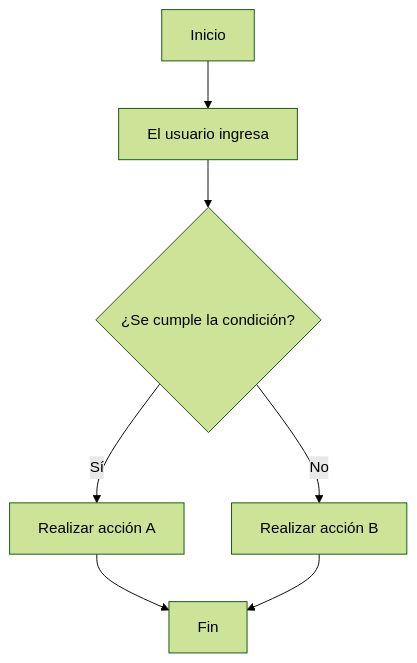
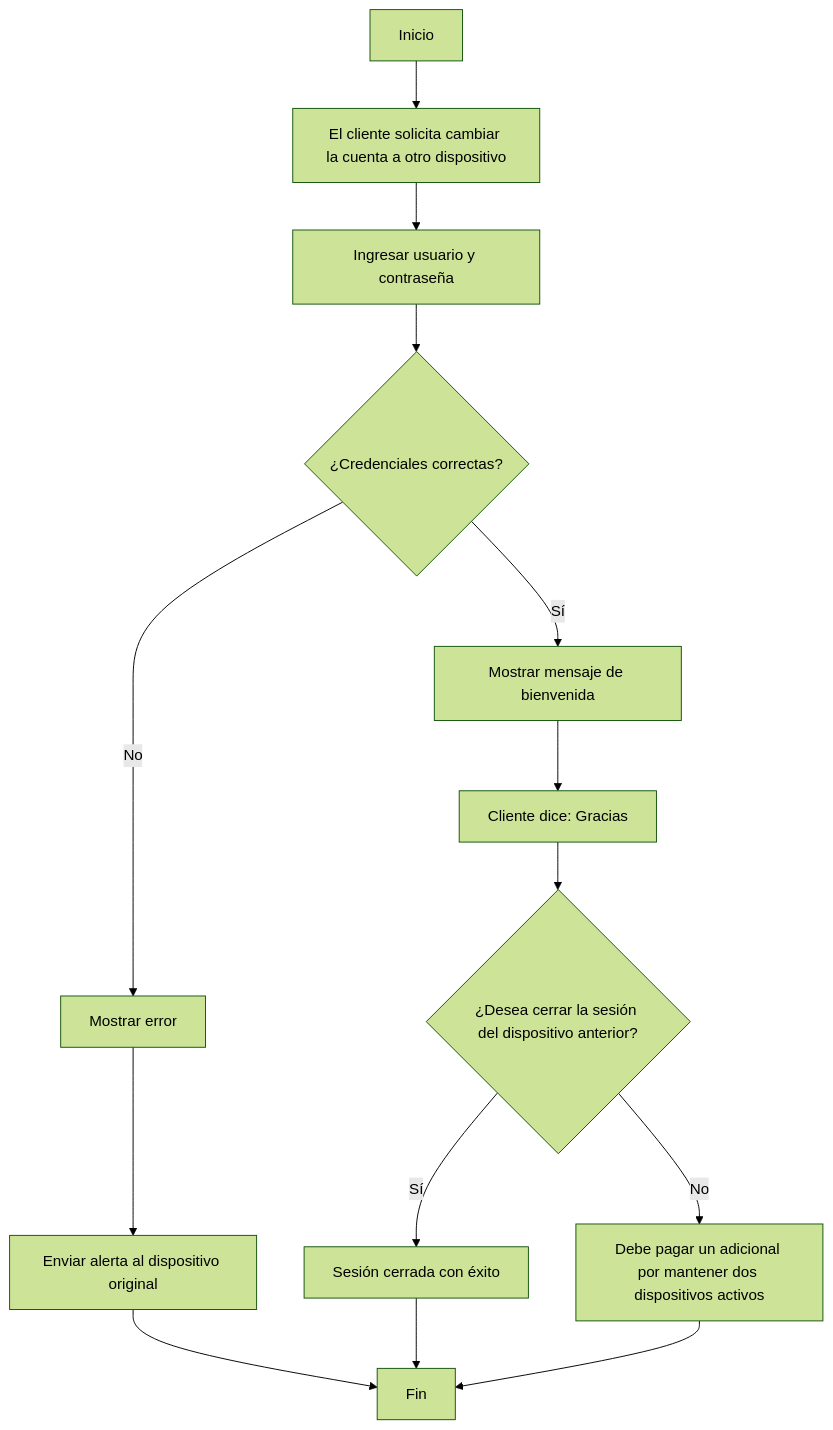
The diagram in Docs/Cesar.md (BenjaJSH1906-pixel/proyectos_emprendimiento_logica_scratch), drawn with Mermaid (forest theme) before and after one commit. The commit also changed other lines of this file, not shown here.

Commit message:
Se agrego la informacion del emprendimiento de Cesar

````diff
--- a/Docs/Cesar.md
+++ b/Docs/Cesar.md
@@ -11,9 +11,21 @@
 ```mermaid
 flowchart TD
-    A[Inicio] --> B[El usuario ingresa <dato>]
-    B --> C{¿Se cumple la condición?}
-    C -- Sí --> D[Realizar acción A]
-    C -- No --> E[Realizar acción B]
-    D --> F[Fin]
-    E --> F
+    A[Inicio] --> B[El cliente solicita cambiar la cuenta a otro dispositivo]
+    B --> C[Ingresar usuario y contraseña]
+
+    C --> D{¿Credenciales correctas?}
+
+    D -- Sí --> E[Mostrar mensaje de bienvenida]
+    D -- No --> F[Mostrar error]
+    F --> G[Enviar alerta al dispositivo original]
+    G --> Z[Fin]
+
+    E --> H[Cliente dice: Gracias]
+    H --> I{¿Desea cerrar la sesión del dispositivo anterior?}
+
+    I -- Sí --> J[Sesión cerrada con éxito]
+    I -- No --> K[Debe pagar un adicional por mantener dos dispositivos activos]
+
+    J --> Z
+    K --> Z
 ```
````
